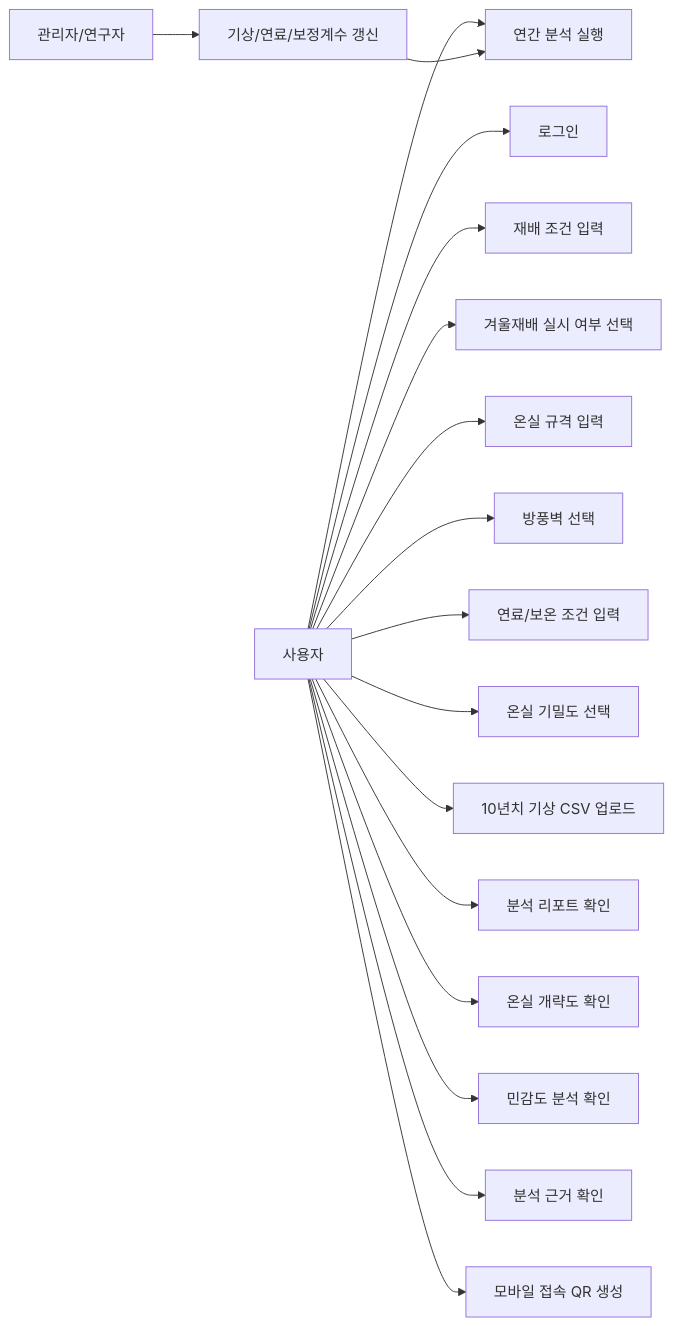
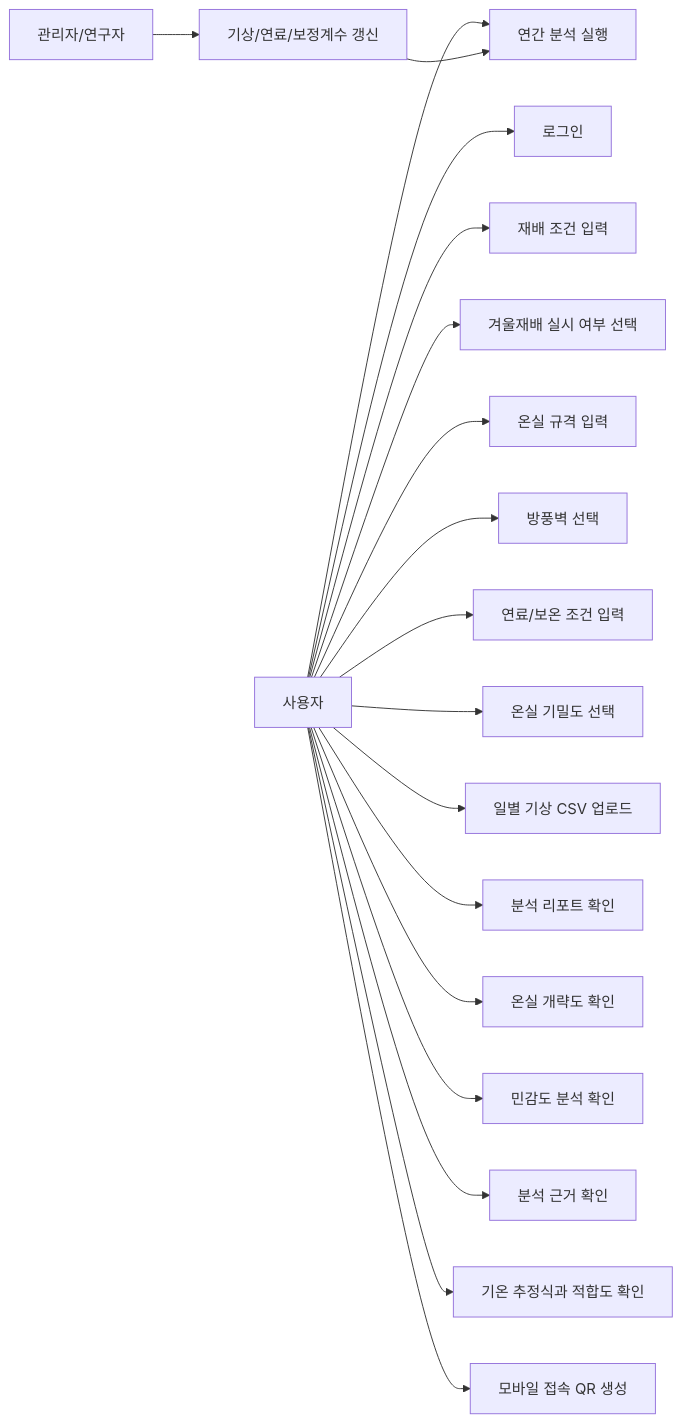
One commit to kuk-jong/fig-heating-decision-app changed the first of 5 diagrams in 01. 최초 파이썬 앱/APP_BLUEPRINT.md. Above: the diagram before and after it, drawn with Mermaid. The commit also changed other lines of this file and 11 other files, not shown here.

Commit message:
Update UML, climate specification and runnable synthetic CSV for v0.5

````diff
--- a/01. 최초 파이썬 앱/APP_BLUEPRINT.md
+++ b/01. 최초 파이썬 앱/APP_BLUEPRINT.md
@@ -238,39 +253,41 @@
 ```mermaid
 flowchart LR
     User["사용자"]
     Admin["관리자/연구자"]
 
     Login["로그인"]
     InputFarm["재배 조건 입력"]
     InputWinterChoice["겨울재배 실시 여부 선택"]
     InputGreenhouse["온실 규격 입력"]
     InputSideWing["방풍벽 선택"]
     InputEnergy["연료/보온 조건 입력"]
     InputAirtightness["온실 기밀도 선택"]
-    UploadClimate["10년치 기상 CSV 업로드"]
+    UploadClimate["일별 기상 CSV 업로드"]
     RunAnalysis["연간 분석 실행"]
     ViewReport["분석 리포트 확인"]
     ViewGreenhouse["온실 개략도 확인"]
     ViewSensitivity["민감도 분석 확인"]
     ViewBasis["분석 근거 확인"]
+    ViewClimate["기온 추정식과 적합도 확인"]
     GenerateQr["모바일 접속 QR 생성"]
     UpdateParams["기상/연료/보정계수 갱신"]
 
     User --> Login
     User --> InputFarm
     User --> InputWinterChoice
     User --> InputGreenhouse
     User --> InputSideWing
     User --> InputEnergy
     User --> InputAirtightness
     User --> UploadClimate
     User --> RunAnalysis
     User --> ViewReport
     User --> ViewGreenhouse
     User --> ViewSensitivity
     User --> ViewBasis
+    User --> ViewClimate
     User --> GenerateQr
 
     Admin --> UpdateParams
     UpdateParams --> RunAnalysis
 ```
````
